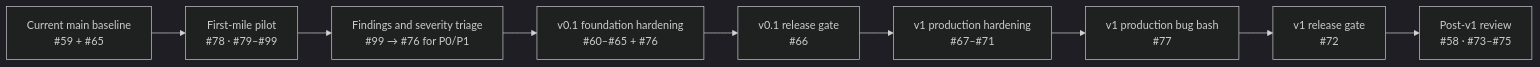
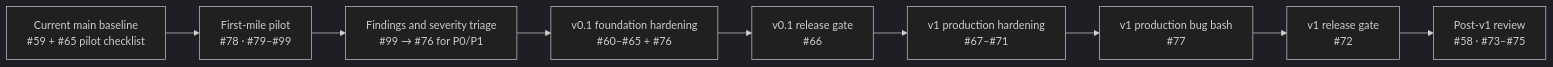
Before and after one commit to rrahimi-uci/caliber-suite: the first of 3 diagrams in docs/roadmap.md, drawn with Mermaid (dark theme). The commit also changed other lines of this file and 6 other files, not shown here.

````diff
--- a/docs/roadmap.md
+++ b/docs/roadmap.md
@@ -91,11 +91,11 @@
 ```mermaid
 flowchart LR
-    B[Current main baseline<br/>#59 + #65] --> P[First-mile pilot<br/>#78 · #79–#99]
+    B[Current main baseline<br/>#59 + #65 pilot checklist] --> P[First-mile pilot<br/>#78 · #79–#99]
     P --> T[Findings and severity triage<br/>#99 → #76 for P0/P1]
     T --> F[v0.1 foundation hardening<br/>#60–#65 + #76]
     F --> R[v0.1 release gate<br/>#66]
     R --> V[v1 production hardening<br/>#67–#71]
     V --> PB[v1 production bug bash<br/>#77]
     PB --> VR[v1 release gate<br/>#72]
     VR --> PV[Post-v1 review<br/>#58 · #73–#75]
 ```
````
